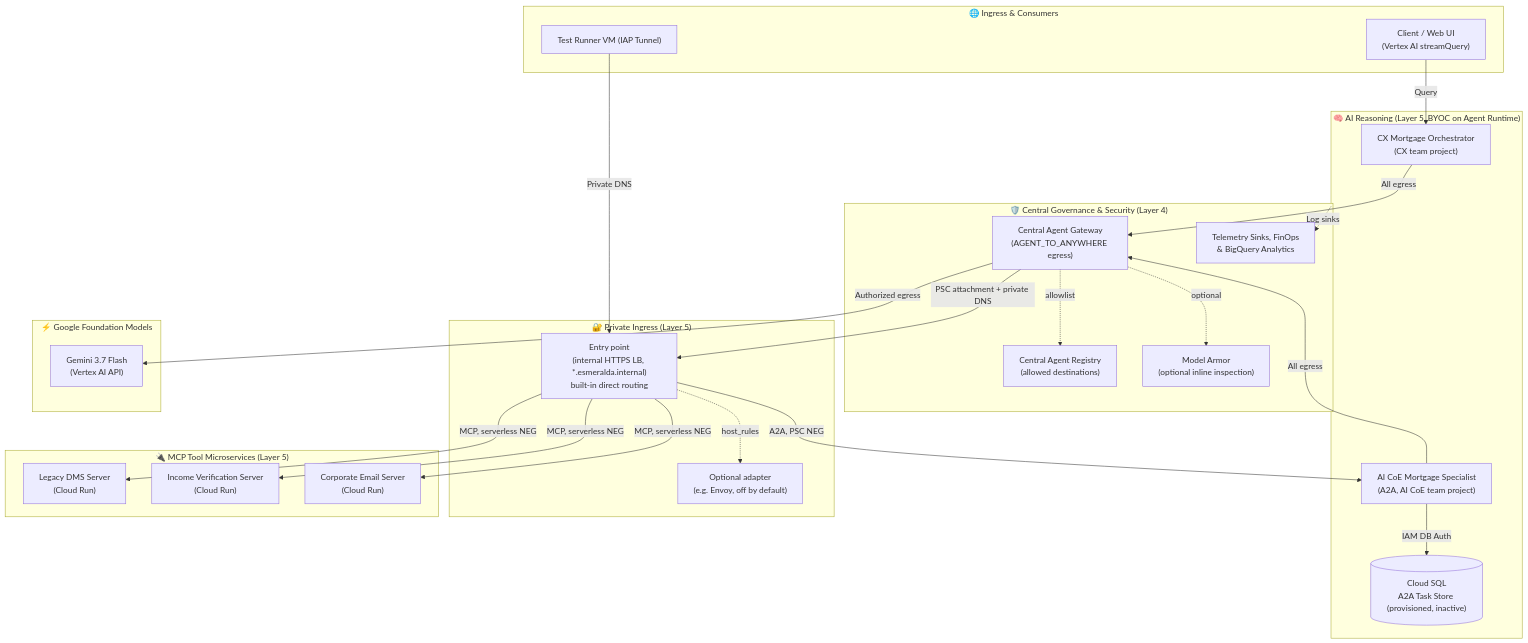
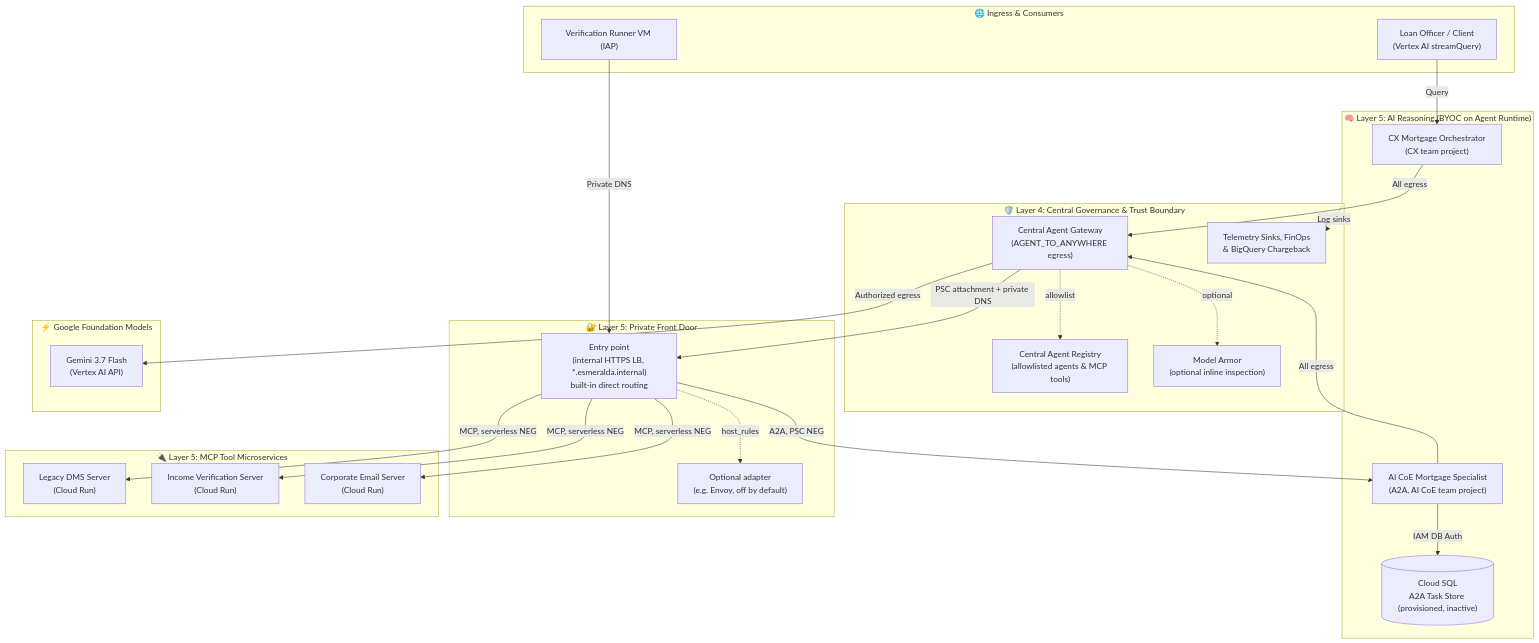
Before and after one commit to google/esmeralda: the diagram in README.md, drawn with Mermaid. The commit also changed other lines of this file and 19 other files, not shown here.

````diff
--- a/README.md
+++ b/README.md
@@ -65,51 +59,51 @@
 ```mermaid
 flowchart TD
     subgraph Clients["🌐 Ingress & Consumers"]
-        User["Client / Web UI\n(Vertex AI streamQuery)"]
-        TestVM["Test Runner VM (IAP Tunnel)"]
+        User["Loan Officer / Client\n(Vertex AI streamQuery)"]
+        TestVM["Verification Runner VM (IAP)"]
     end
 
-    subgraph Governance["🛡️ Central Governance & Security (Layer 4)"]
+    subgraph Governance["🛡️ Layer 4: Central Governance & Trust Boundary"]
         AGW["Central Agent Gateway\n(AGENT_TO_ANYWHERE egress)"]
-        AR["Central Agent Registry\n(allowed destinations)"]
+        AR["Central Agent Registry\n(allowlisted agents & MCP tools)"]
         MA["Model Armor\n(optional inline inspection)"]
-        FinOps["Telemetry Sinks, FinOps\n& BigQuery Analytics"]
+        FinOps["Telemetry Sinks, FinOps\n& BigQuery Chargeback"]
     end
 
-    subgraph Agents["🧠 AI Reasoning (Layer 5, BYOC on Agent Runtime)"]
+    subgraph Agents["🧠 Layer 5: AI Reasoning (BYOC on Agent Runtime)"]
         Orch["CX Mortgage Orchestrator\n(CX team project)"]
         Spec["AI CoE Mortgage Specialist\n(A2A, AI CoE team project)"]
         TaskDB[("Cloud SQL\nA2A Task Store (provisioned, inactive)")]
     end
 
-    subgraph Private["🔐 Private Ingress (Layer 5)"]
+    subgraph Private["🔐 Layer 5: Private Front Door"]
         EP["Entry point\n(internal HTTPS LB, *.esmeralda.internal)\nbuilt-in direct routing"]
         Adapter["Optional adapter\n(e.g. Envoy, off by default)"]
     end
 
-    subgraph Tools["🔌 MCP Tool Microservices (Layer 5)"]
+    subgraph Tools["🔌 Layer 5: MCP Tool Microservices"]
         DMS["Legacy DMS Server\n(Cloud Run)"]
         Income["Income Verification Server\n(Cloud Run)"]
         Email["Corporate Email Server\n(Cloud Run)"]
     end
 
     subgraph Models["⚡ Google Foundation Models"]
         Gemini["Gemini 3.7 Flash\n(Vertex AI API)"]
     end
 
     User -->|Query| Orch
     Orch -->|All egress| AGW
     Spec -->|All egress| AGW
     AGW -. allowlist .-> AR
     AGW -. optional .-> MA
     AGW -->|Authorized egress| Gemini
     AGW -->|PSC attachment + private DNS| EP
     TestVM -->|Private DNS| EP
     EP -->|A2A, PSC NEG| Spec
     EP -->|MCP, serverless NEG| DMS
     EP -->|MCP, serverless NEG| Income
     EP -->|MCP, serverless NEG| Email
     EP -.->|host_rules| Adapter
     Spec -->|IAM DB Auth| TaskDB
     Agents -.->|Log sinks| FinOps
 ```
````
